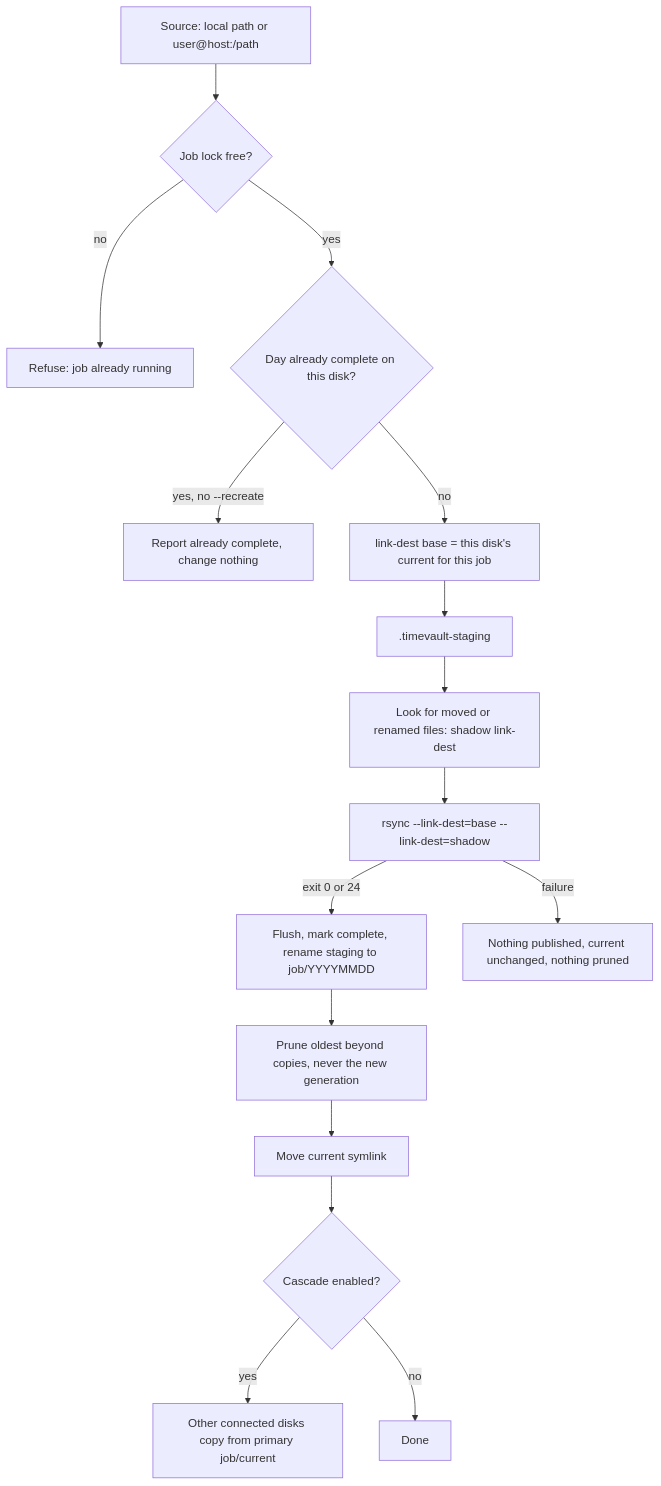
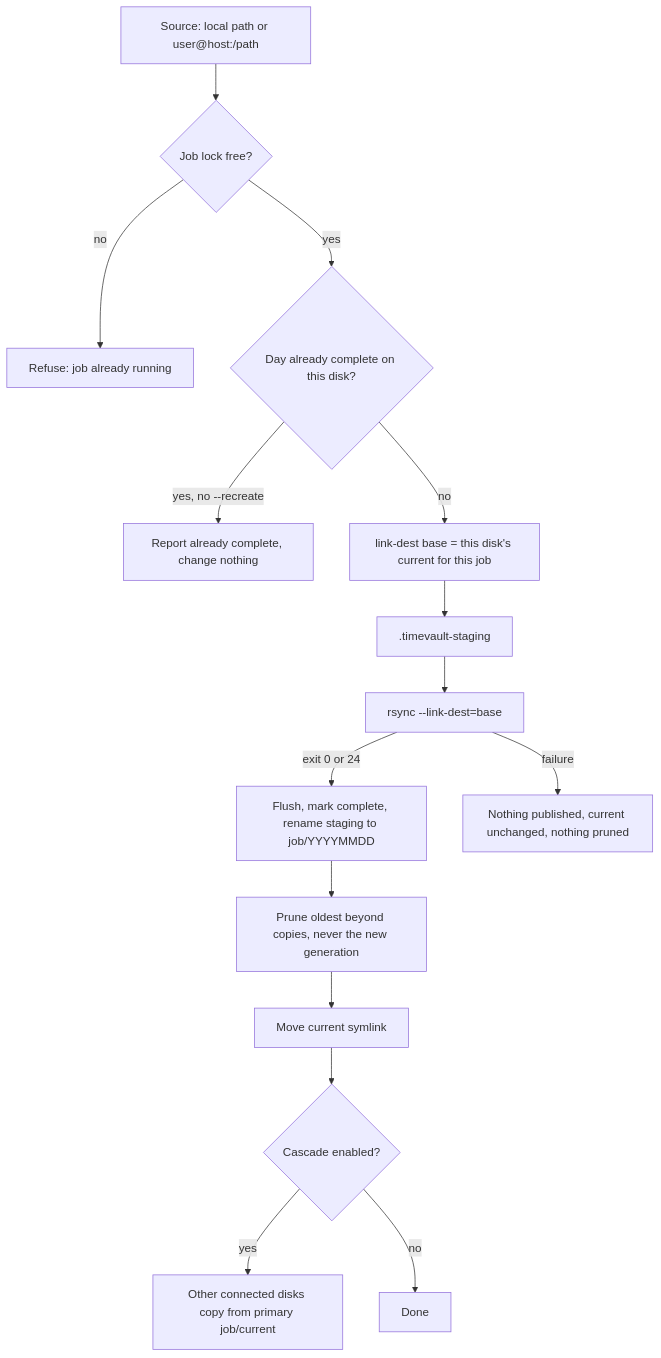
The diagram in docs/architecture.md (johnjoeallen/timevault), drawn with Mermaid before and after one commit. The commit also changed other lines of this file and 27 other files, not shown here.

````diff
--- a/docs/architecture.md
+++ b/docs/architecture.md
@@ -50,18 +47,17 @@
 ```mermaid
 flowchart TD
     S[Source: local path or user@host:/path] --> L{Job lock free?}
     L -- no --> X[Refuse: job already running]
     L -- yes --> K{Day already complete on this disk?}
     K -- "yes, no --recreate" --> AC[Report already complete, change nothing]
     K -- no --> B[link-dest base = this disk's current for this job]
     B --> ST[.timevault-staging]
-    ST --> M[Look for moved or renamed files: shadow link-dest]
-    M --> R[rsync --link-dest=base --link-dest=shadow]
+    ST --> R[rsync --link-dest=base]
     R -- exit 0 or 24 --> P[Flush, mark complete, rename staging to job/YYYYMMDD]
     R -- failure --> F[Nothing published, current unchanged, nothing pruned]
     P --> RT[Prune oldest beyond copies, never the new generation]
     RT --> C[Move current symlink]
     C --> CAS{Cascade enabled?}
     CAS -- yes --> D[Other connected disks copy from primary job/current]
     CAS -- no --> E[Done]
 ```
````
